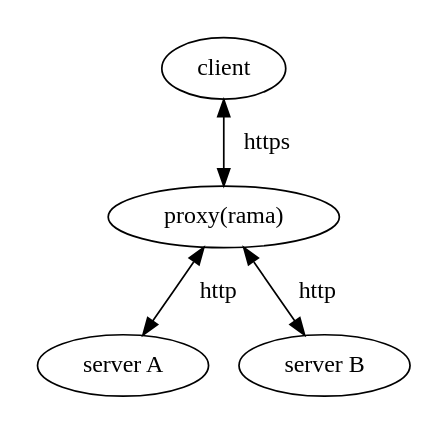
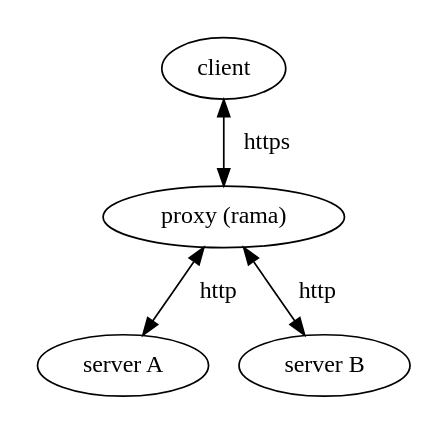
One commit to plabayo/rama changed the diagram in docs/book/src/proxies/tls.md. Above: the diagram before and after it, drawn with Graphviz. The commit also changed 5 other files, not shown here.

````diff
--- a/docs/book/src/proxies/tls.md
+++ b/docs/book/src/proxies/tls.md
@@ -19,8 +19,8 @@
 ```dot process
 digraph {
     pad=0.2;
-    "client" -> "proxy(rama)" [dir=both; label="  https"]
-    "proxy(rama)" -> "server A" [dir=both; label="  http"]
-    "proxy(rama)" -> "server B" [dir=both; label="  http"]
+    "client" -> "proxy (rama)" [dir=both; label="  https"]
+    "proxy (rama)" -> "server A" [dir=both; label="  http"]
+    "proxy (rama)" -> "server B" [dir=both; label="  http"]
 }
 ```
````
